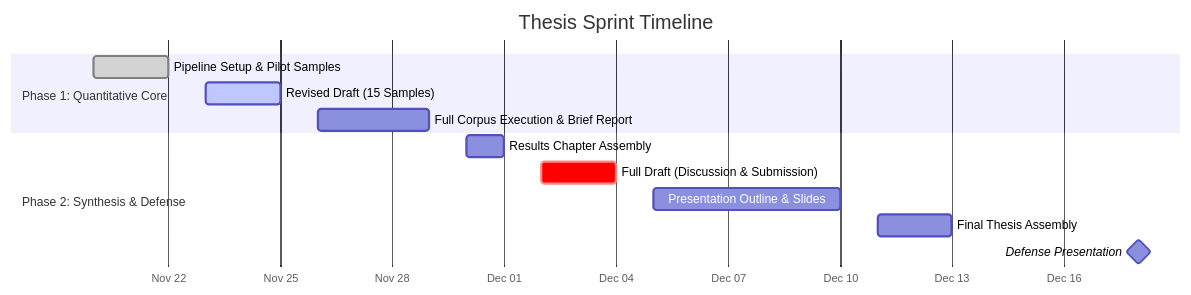
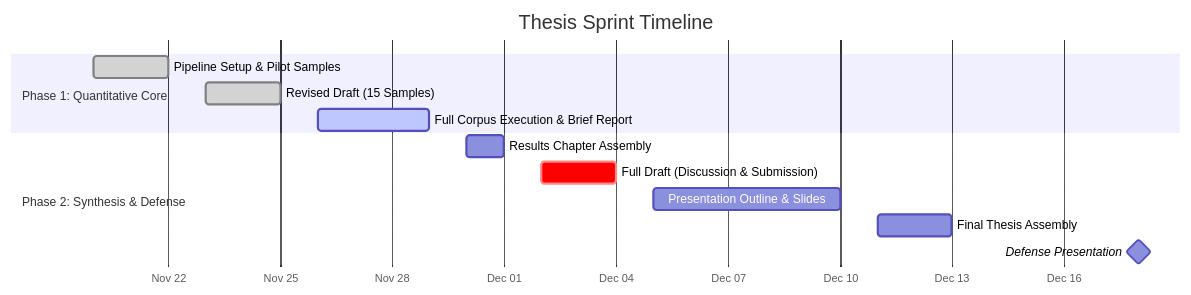
The first of 2 diagrams in README.md (mxzhelean/MSDS-Thesis-Project), drawn with Mermaid before and after one commit. The commit also changed other lines of this file and 3 other files, not shown here.

Commit message:
docs: restructure README and add architecture and pipeline operations runbook

````diff
--- a/README.md
+++ b/README.md
@@ -84,19 +23,19 @@
 ```mermaid
 gantt
     title Thesis Sprint Timeline
     dateFormat  YYYY-MM-DD
     axisFormat  %b %d
     tickInterval 3day
 
     section Phase 1: Quantitative Core
     Pipeline Setup & Pilot Samples       :done,    2026-11-20, 2026-11-22
-    Revised Draft (15 Samples)        :active,  2026-11-23, 2026-11-25
-    Full Corpus Execution & Brief Report :         2026-11-26, 2026-11-29
+    Revised Draft (15 Samples)        :done,  2026-11-23, 2026-11-25
+    Full Corpus Execution & Brief Report :active,         2026-11-26, 2026-11-29
 
     section Phase 2: Synthesis & Defense
     Results Chapter Assembly             :         2026-11-30, 2026-12-01
     Full Draft (Discussion & Submission) :crit,    2026-12-02, 2026-12-04
     Presentation Outline & Slides        :         2026-12-05, 2026-12-10
     Final Thesis Assembly                :         2026-12-11, 2026-12-13
     Defense Presentation                 :milestone, 2026-12-18, 0d
 ```
````
